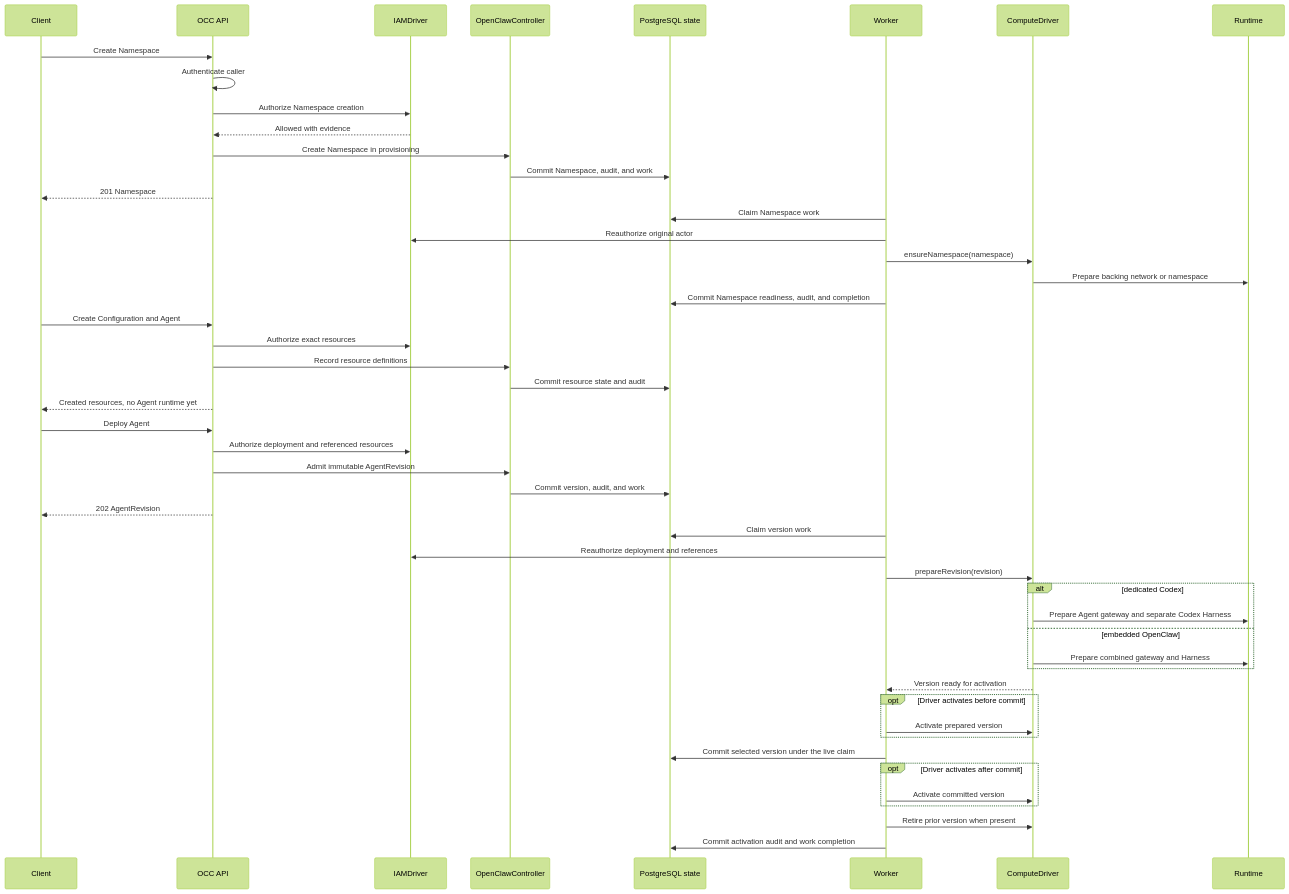
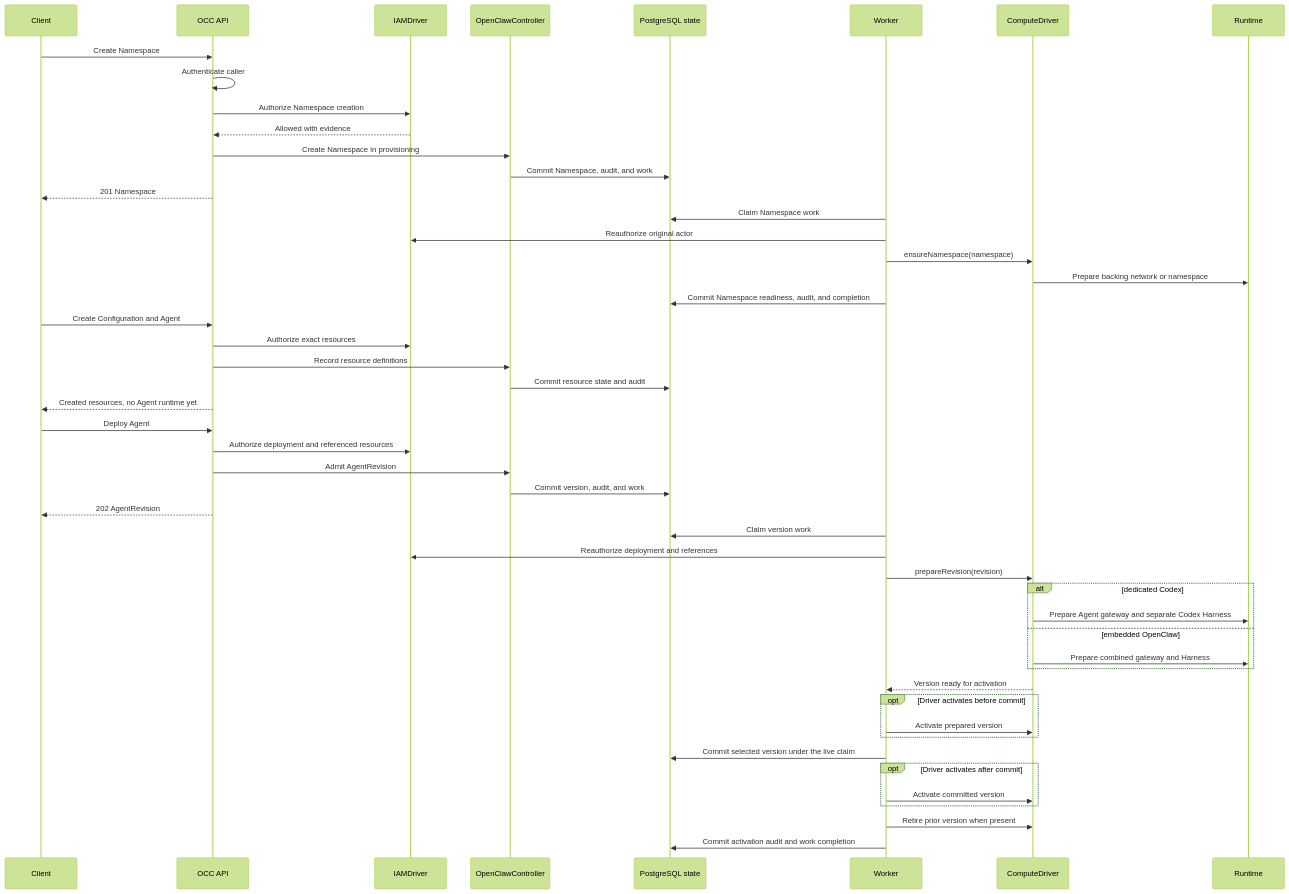
One commit to openclaw/openclaw-enterprise changed the diagram in docs/design/workloads.md. Above: the diagram before and after it, drawn with Mermaid (forest theme). The commit also changed other lines of this file and 37 other files, not shown here.

````diff
--- a/docs/design/workloads.md
+++ b/docs/design/workloads.md
@@ -198,54 +198,54 @@
 ```mermaid
 sequenceDiagram
     participant Client
     participant API as OCC API
     participant IAM as IAMDriver
     participant OCC as OpenClawController
     participant DB as PostgreSQL state
     participant Worker
     participant Compute as ComputeDriver
     participant Runtime
 
     Client->>API: Create Namespace
     API->>API: Authenticate caller
     API->>IAM: Authorize Namespace creation
     IAM-->>API: Allowed with evidence
     API->>OCC: Create Namespace in provisioning
     OCC->>DB: Commit Namespace, audit, and work
     API-->>Client: 201 Namespace
     Worker->>DB: Claim Namespace work
     Worker->>IAM: Reauthorize original actor
     Worker->>Compute: ensureNamespace(namespace)
     Compute->>Runtime: Prepare backing network or namespace
     Worker->>DB: Commit Namespace readiness, audit, and completion
 
     Client->>API: Create Configuration and Agent
     API->>IAM: Authorize exact resources
     API->>OCC: Record resource definitions
     OCC->>DB: Commit resource state and audit
     API-->>Client: Created resources, no Agent runtime yet
 
     Client->>API: Deploy Agent
     API->>IAM: Authorize deployment and referenced resources
-    API->>OCC: Admit immutable AgentRevision
+    API->>OCC: Admit AgentRevision
     OCC->>DB: Commit version, audit, and work
     API-->>Client: 202 AgentRevision
     Worker->>DB: Claim version work
     Worker->>IAM: Reauthorize deployment and references
     Worker->>Compute: prepareRevision(revision)
     alt dedicated Codex
         Compute->>Runtime: Prepare Agent gateway and separate Codex Harness
     else embedded OpenClaw
         Compute->>Runtime: Prepare combined gateway and Harness
     end
     Compute-->>Worker: Version ready for activation
     opt Driver activates before commit
         Worker->>Compute: Activate prepared version
     end
     Worker->>DB: Commit selected version under the live claim
     opt Driver activates after commit
         Worker->>Compute: Activate committed version
     end
     Worker->>Compute: Retire prior version when present
     Worker->>DB: Commit activation audit and work completion
 ```
````
